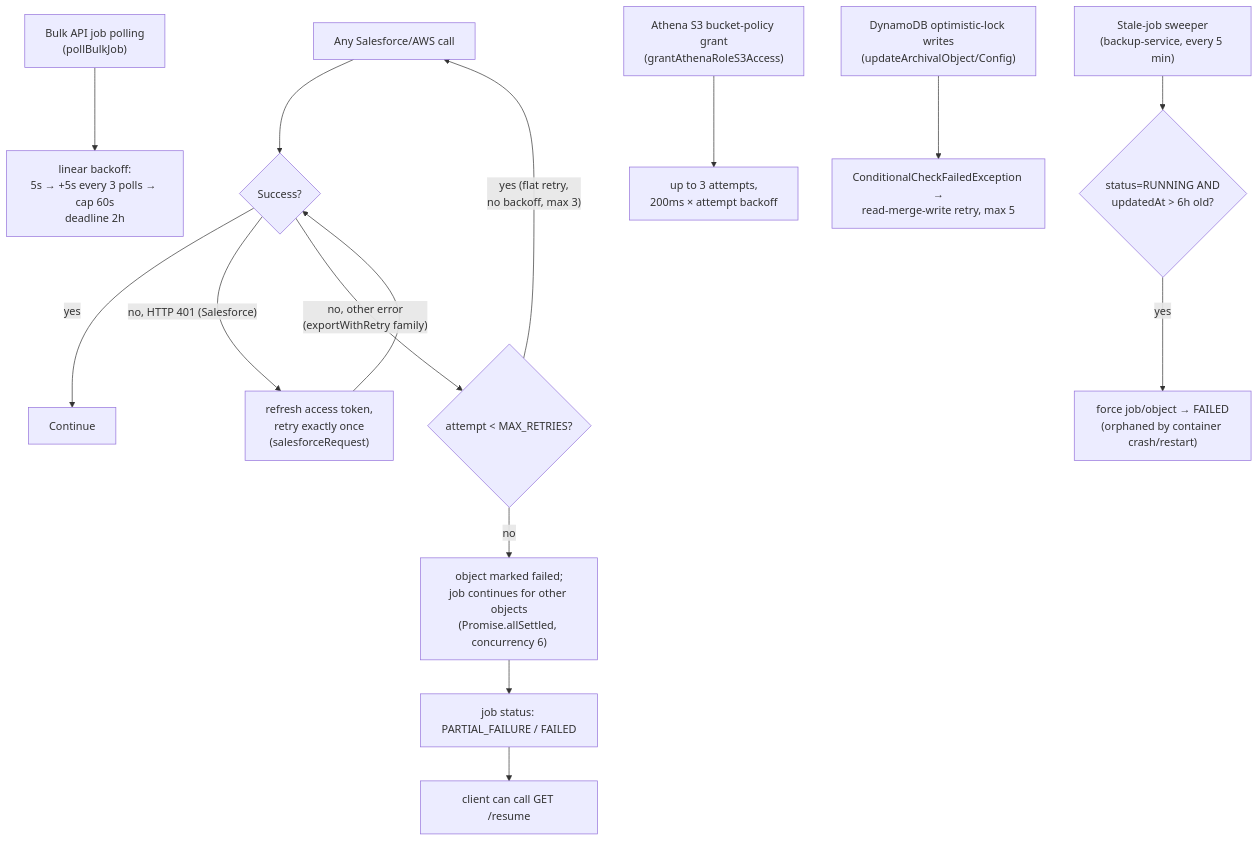
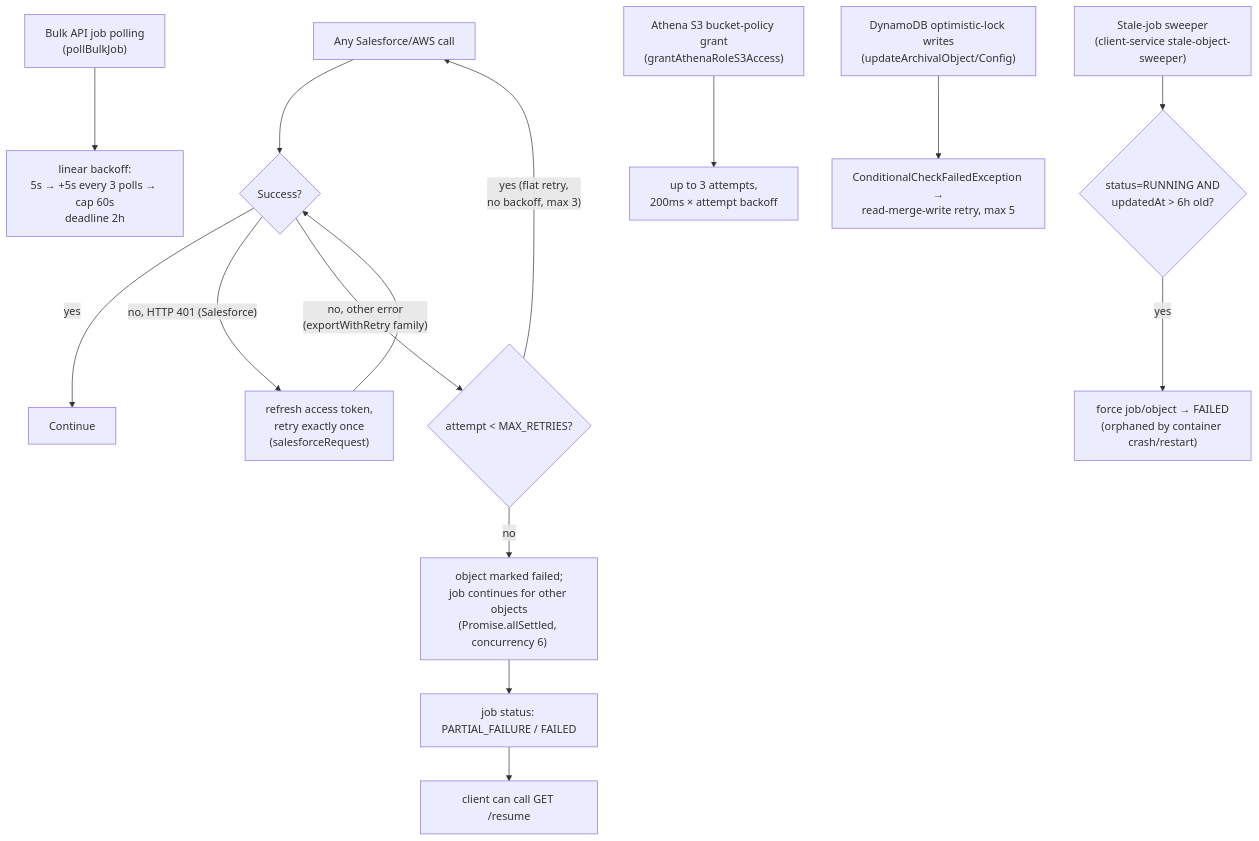
One commit to ApoorvSynexc/data-vault-service changed the seventh of 9 diagrams in docs/architecture-graph/ARCHITECTURE.md. Above: the diagram before and after it, drawn with Mermaid. The commit also changed other lines of this file and 28 other files, not shown here.

````diff
--- a/docs/architecture-graph/ARCHITECTURE.md
+++ b/docs/architecture-graph/ARCHITECTURE.md
@@ -327,21 +328,21 @@
 ```mermaid
 flowchart TD
     A["Any Salesforce/AWS call"] --> B{"Success?"}
     B -- "yes" --> C["Continue"]
     B -- "no, HTTP 401 (Salesforce)" --> D["refresh access token,<br/>retry exactly once<br/>(salesforceRequest)"]
     D --> B
     B -- "no, other error<br/>(exportWithRetry family)" --> E{"attempt &lt; MAX_RETRIES?"}
     E -- "yes (flat retry,<br/>no backoff, max 3)" --> A
     E -- "no" --> F["object marked failed;<br/>job continues for other objects<br/>(Promise.allSettled, concurrency 6)"]
     F --> G["job status: PARTIAL_FAILURE / FAILED"]
     G --> H["client can call GET /resume"]
 
     I["Bulk API job polling<br/>(pollBulkJob)"] --> J["linear backoff:<br/>5s → +5s every 3 polls → cap 60s<br/>deadline 2h"]
 
     K["Athena S3 bucket-policy grant<br/>(grantAthenaRoleS3Access)"] --> L["up to 3 attempts,<br/>200ms × attempt backoff"]
 
     M["DynamoDB optimistic-lock writes<br/>(updateArchivalObject/Config)"] --> N["ConditionalCheckFailedException →<br/>read-merge-write retry, max 5"]
 
-    O["Stale-job sweeper<br/>(backup-service, every 5 min)"] --> P{"status=RUNNING AND<br/>updatedAt &gt; 6h old?"}
+    O["Stale-job sweeper<br/>(client-service stale-object-sweeper)"] --> P{"status=RUNNING AND<br/>updatedAt &gt; 6h old?"}
     P -- "yes" --> Q["force job/object → FAILED<br/>(orphaned by container crash/restart)"]
 ```
````
